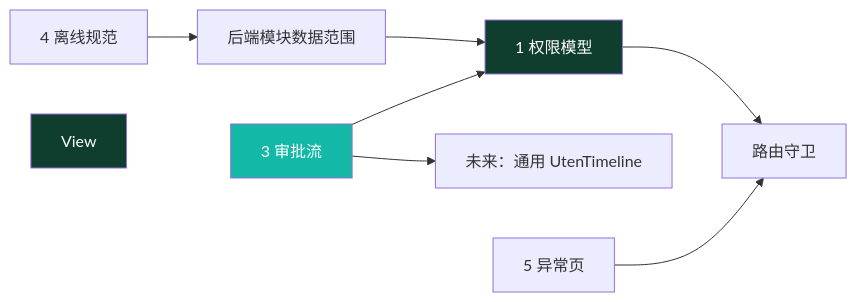
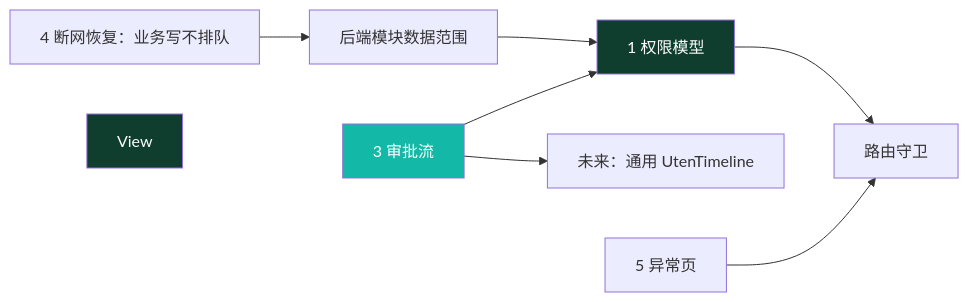
One commit to BruceChu0424/utenelec_imp changed the first of 4 diagrams in docs/05-架构/全局机制.md. Above: the diagram before and after it, drawn with Mermaid. The commit also changed other lines of this file and 165 other files, not shown here.

````diff
--- a/docs/05-架构/全局机制.md
+++ b/docs/05-架构/全局机制.md
@@ -33,13 +34,13 @@
 ```mermaid
 flowchart LR
     Perm[1 权限模型] --> Router[路由守卫]
     RepoFilter[后端模块数据范围] --> Perm
     Approval[3 审批流] --> Perm
     Approval --> Timeline["未来：通用 UtenTimeline"]
-    Offline[4 离线规范] --> RepoFilter
+    Offline[4 断网恢复：业务写不排队] --> RepoFilter
     Err[5 异常页] --> Router
 
     style Perm fill:#0F3D2E,color:#fff
     style View fill:#0F3D2E,color:#fff
     style Approval fill:#14B8A6,color:#fff
 ```
````
